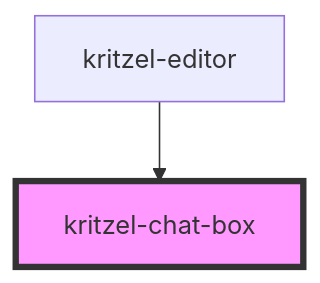
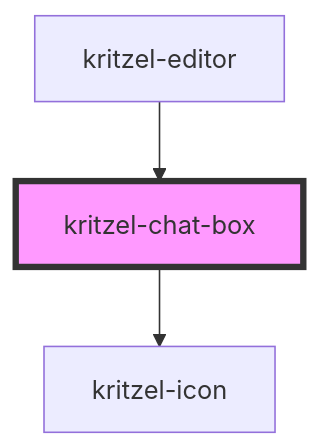
Before and after one commit to kasual1/kritzel: the diagram in libs/editor/core/src/components/kritzel-chat-box/readme.md, drawn with Mermaid. The commit also changed other lines of this file and 21 other files, not shown here.

````diff
--- a/libs/editor/core/src/components/kritzel-chat-box/readme.md
+++ b/libs/editor/core/src/components/kritzel-chat-box/readme.md
@@ -39,5 +52,6 @@
 ```mermaid
 graph TD;
+  kritzel-chat-box --> kritzel-icon
   kritzel-editor --> kritzel-chat-box
   style kritzel-chat-box fill:#f9f,stroke:#333,stroke-width:4px
 ```
````
